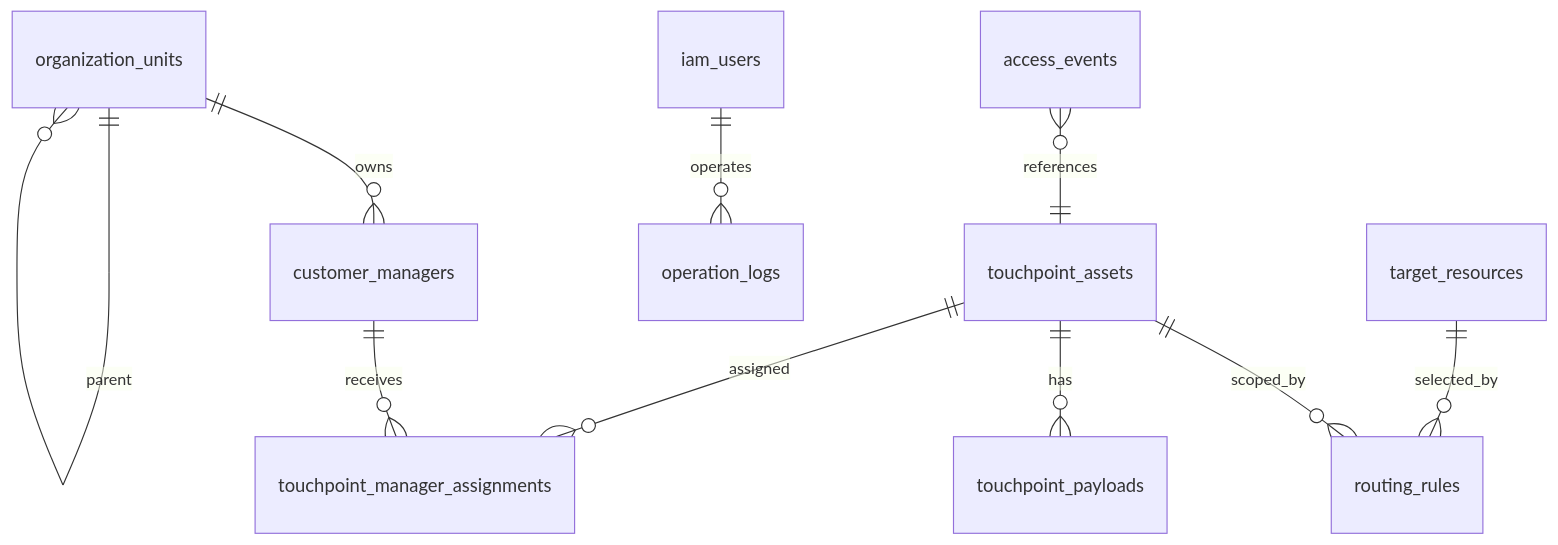
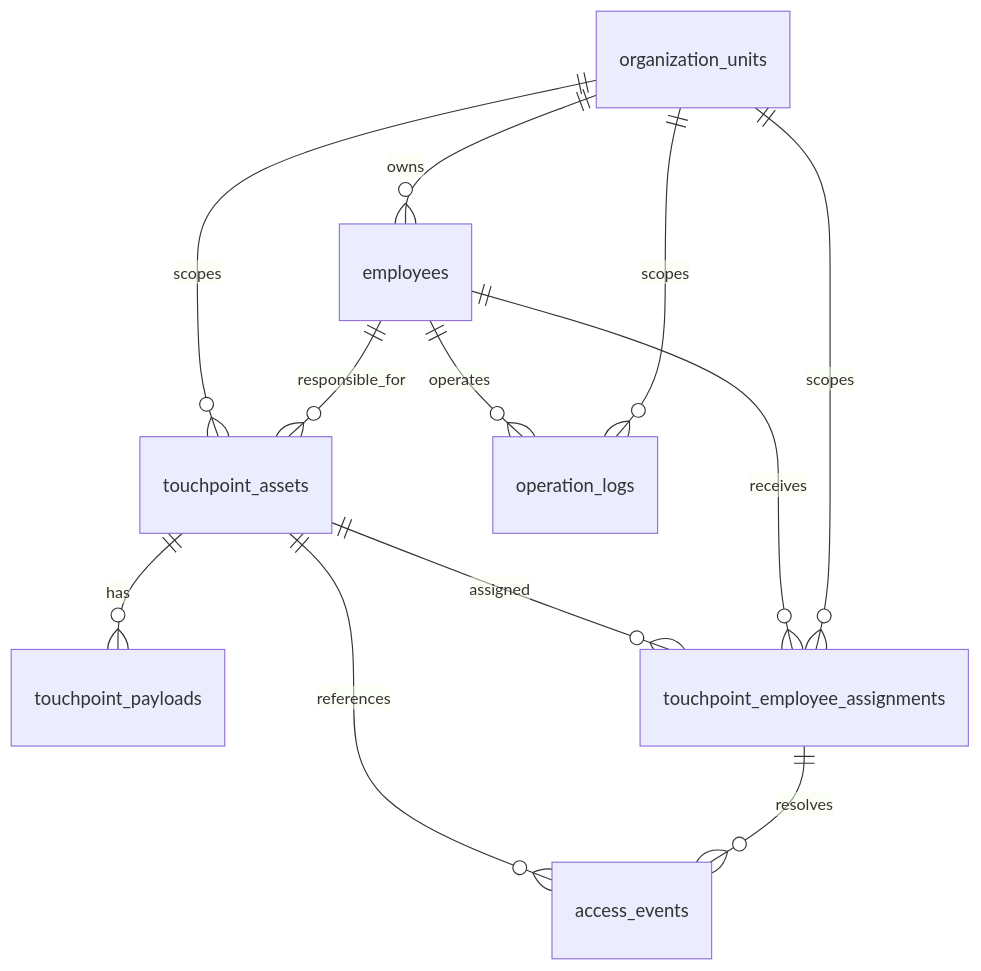
One commit to LinkScope1/docs changed the diagram in 04-database/erd.md. Above: the diagram before and after it, drawn with Mermaid. The commit also changed other lines of this file and 50 other files, not shown here.

````diff
--- a/04-database/erd.md
+++ b/04-database/erd.md
@@ -3,12 +3,14 @@
 ```mermaid
 erDiagram
-  organization_units ||--o{ organization_units : parent
-  organization_units ||--o{ customer_managers : owns
+  organization_units ||--o{ employees : owns
+  organization_units ||--o{ touchpoint_assets : scopes
+  employees ||--o{ touchpoint_assets : responsible_for
   touchpoint_assets ||--o{ touchpoint_payloads : has
-  touchpoint_assets ||--o{ touchpoint_manager_assignments : assigned
-  customer_managers ||--o{ touchpoint_manager_assignments : receives
-  target_resources ||--o{ routing_rules : selected_by
-  touchpoint_assets ||--o{ routing_rules : scoped_by
-  access_events }o--|| touchpoint_assets : references
-  iam_users ||--o{ operation_logs : operates
+  touchpoint_assets ||--o{ touchpoint_employee_assignments : assigned
+  employees ||--o{ touchpoint_employee_assignments : receives
+  organization_units ||--o{ touchpoint_employee_assignments : scopes
+  touchpoint_assets ||--o{ access_events : references
+  touchpoint_employee_assignments ||--o{ access_events : resolves
+  employees ||--o{ operation_logs : operates
+  organization_units ||--o{ operation_logs : scopes
 ```
````
